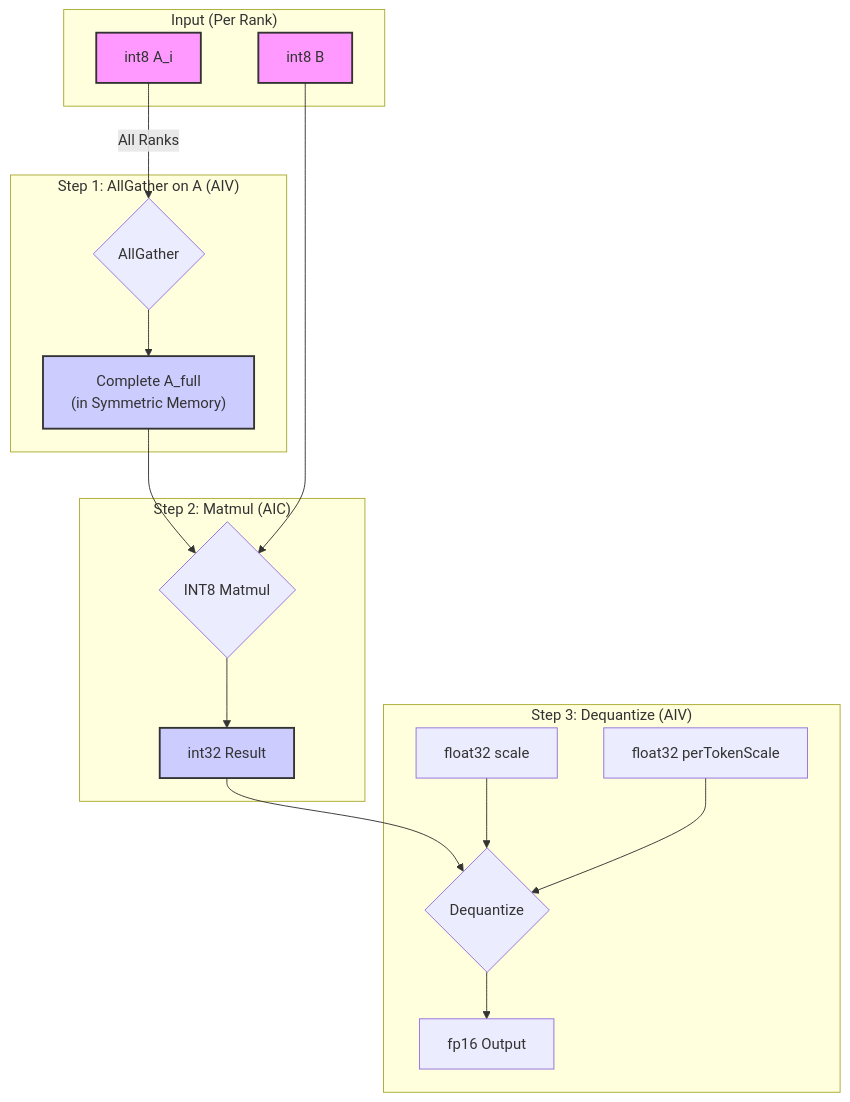
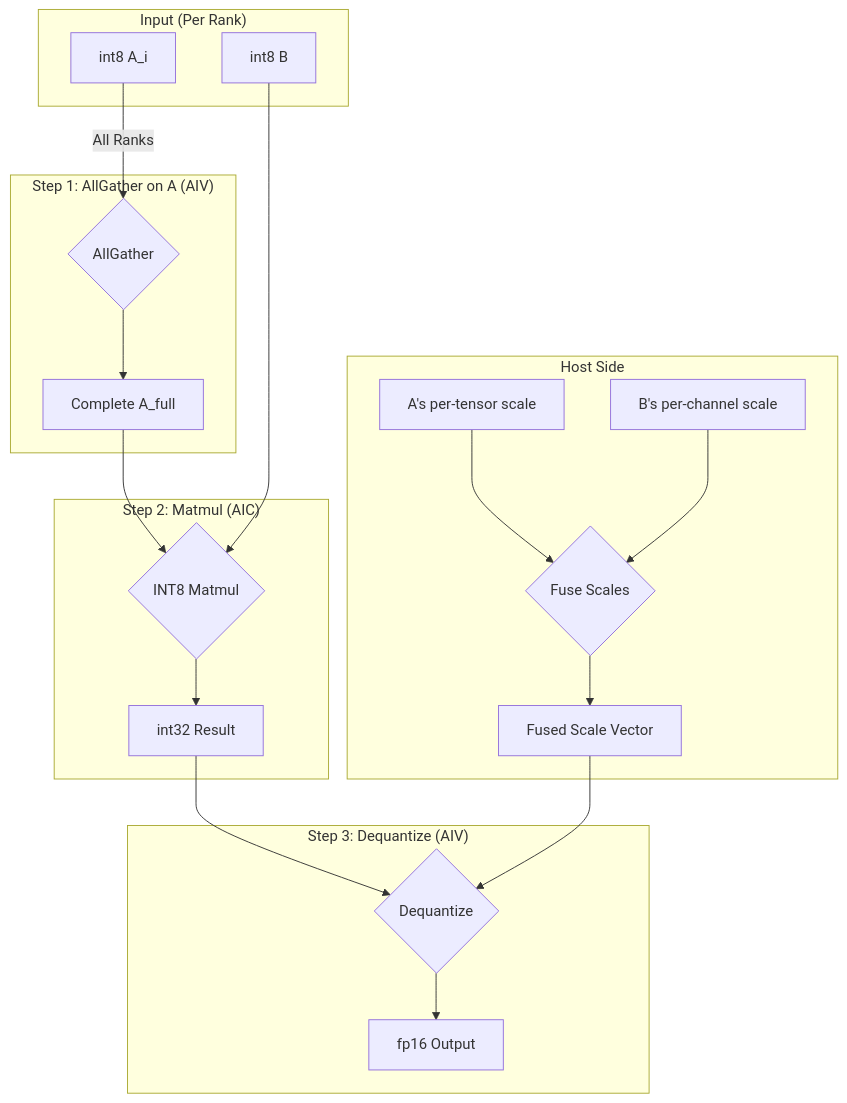
One commit to BillionsRichard/mm_rs_with_catlass changed the first of 2 diagrams in examples/allgather_matmul_dequant/README.md. Above: the diagram before and after it, drawn with Mermaid. The commit also changed other lines of this file and 3 other files, not shown here.

First line of the commit message:
refactor: Implement fused-scale dequantization

````diff
--- a/examples/allgather_matmul_dequant/README.md
+++ b/examples/allgather_matmul_dequant/README.md
@@ -46,29 +43,32 @@
 ```mermaid
 graph TD
     subgraph "Input (Per Rank)"
         A_i[int8 A_i]
         B[int8 B]
     end
 
+    subgraph "Host Side"
+        a_scale[A's per-tensor scale]
+        b_scale[B's per-channel scale]
+        a_scale --> Fuse{Fuse Scales}
+        b_scale --> Fuse
+        Fuse --> fused_scale[Fused Scale Vector]
+    end
+
     subgraph "Step 1: AllGather on A (AIV)"
-        style A_i fill:#f9f,stroke:#333,stroke-width:2px
         A_i -->|All Ranks| Comm{AllGather}
-        Comm --> A_full["Complete A_full<br/>(in Symmetric Memory)"]
+        Comm --> A_full[Complete A_full]
     end
 
     subgraph "Step 2: Matmul (AIC)"
-        style A_full fill:#ccf,stroke:#333,stroke-width:2px
-        style B fill:#f9f,stroke:#333,stroke-width:2px
         A_full --> Matmul{INT8 Matmul}
         B --> Matmul
         Matmul --> C_int32[int32 Result]
     end
 
     subgraph "Step 3: Dequantize (AIV)"
-        style C_int32 fill:#ccf,stroke:#333,stroke-width:2px
         C_int32 --> Dequant{Dequantize}
-        scale[float32 scale] --> Dequant
-        perTokenScale[float32 perTokenScale] --> Dequant
+        fused_scale --> Dequant
         Dequant --> D_fp16[fp16 Output]
     end
 ```
````
